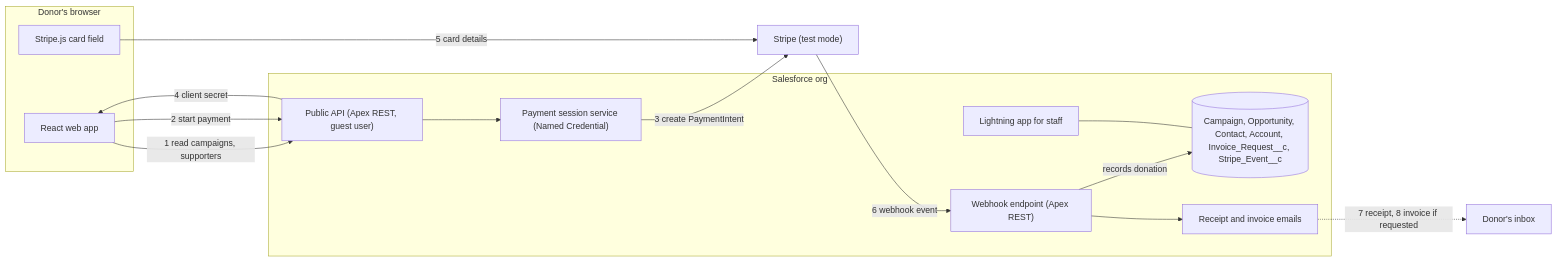
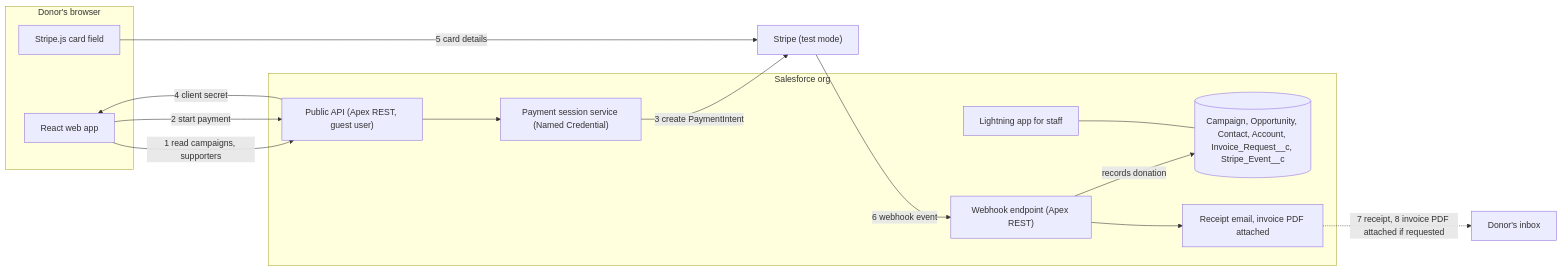
One commit to hjanssena/Salesforce-Donations changed the first of 2 diagrams in docs/requirements/architecture/solution-architecture.md. Above: the diagram before and after it, drawn with Mermaid. The commit also changed other lines of this file and 16 other files, not shown here.

Commit message:
feat(rf-f3): attach a simulated invoice PDF to the receipt email

````diff
--- a/docs/requirements/architecture/solution-architecture.md
+++ b/docs/requirements/architecture/solution-architecture.md
@@ -15,29 +15,29 @@
 ```mermaid
 flowchart LR
   subgraph Donor["Donor's browser"]
     App["React web app"]
     Card["Stripe.js card field"]
   end
   subgraph SF["Salesforce org"]
     API["Public API (Apex REST, guest user)"]
     Session["Payment session service (Named Credential)"]
     Hook["Webhook endpoint (Apex REST)"]
     Records[("Campaign, Opportunity, Contact, Account, Invoice_Request__c, Stripe_Event__c")]
     Staff["Lightning app for staff"]
-    Mail["Receipt and invoice emails"]
+    Mail["Receipt email, invoice PDF attached"]
   end
   Stripe["Stripe (test mode)"]
   Inbox["Donor's inbox"]
 
   App -->|"1 read campaigns, supporters"| API
   App -->|"2 start payment"| API
   API --> Session
   Session -->|"3 create PaymentIntent"| Stripe
   API -->|"4 client secret"| App
   Card -->|"5 card details"| Stripe
   Stripe -->|"6 webhook event"| Hook
   Hook -->|"records donation"| Records
   Hook --> Mail
-  Mail -.->|"7 receipt, 8 invoice if requested"| Inbox
+  Mail -.->|"7 receipt, 8 invoice PDF attached if requested"| Inbox
   Staff --- Records
 ```
````
